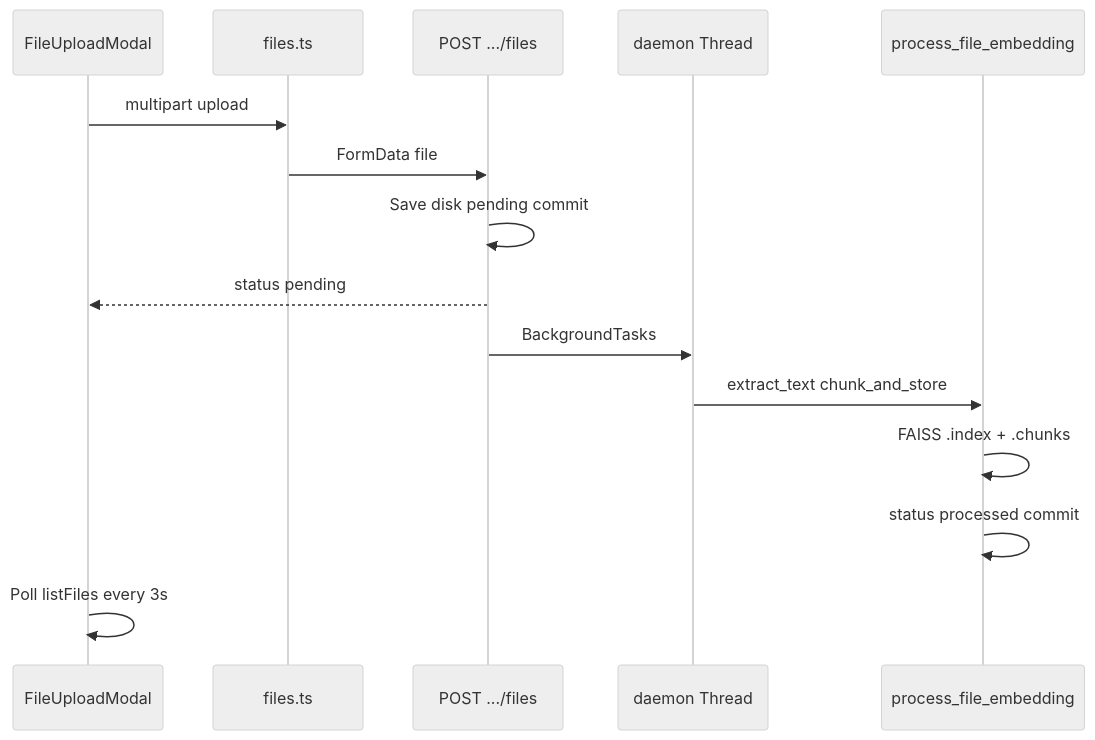
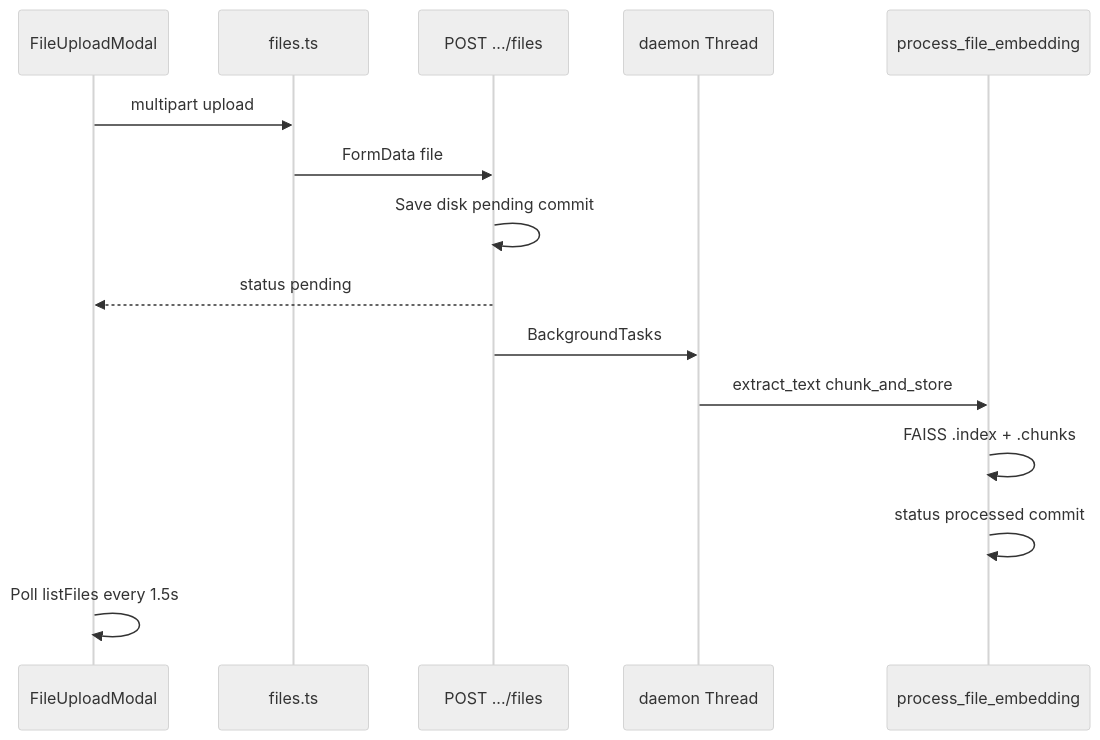
One commit to akshatha-22/chatbot-widget changed the fifth of 11 diagrams in docs/02_architecture_diagrams.md. Above: the diagram before and after it, drawn with Mermaid (neutral theme). The commit also changed other lines of this file and 96 other files, not shown here.

````diff
--- a/docs/02_architecture_diagrams.md
+++ b/docs/02_architecture_diagrams.md
@@ -124,18 +124,18 @@
 ```mermaid
 sequenceDiagram
     participant W as FileUploadModal
     participant API as files.ts
     participant R as POST .../files
     participant BG as daemon Thread
     participant E as process_file_embedding
 
     W->>API: multipart upload
     API->>R: FormData file
     R->>R: Save disk pending commit
     R-->>W: status pending
     R->>BG: BackgroundTasks
     BG->>E: extract_text chunk_and_store
     E->>E: FAISS .index + .chunks
     E->>E: status processed commit
-    W->>W: Poll listFiles every 3s
+    W->>W: Poll listFiles every 1.5s
 ```
````
